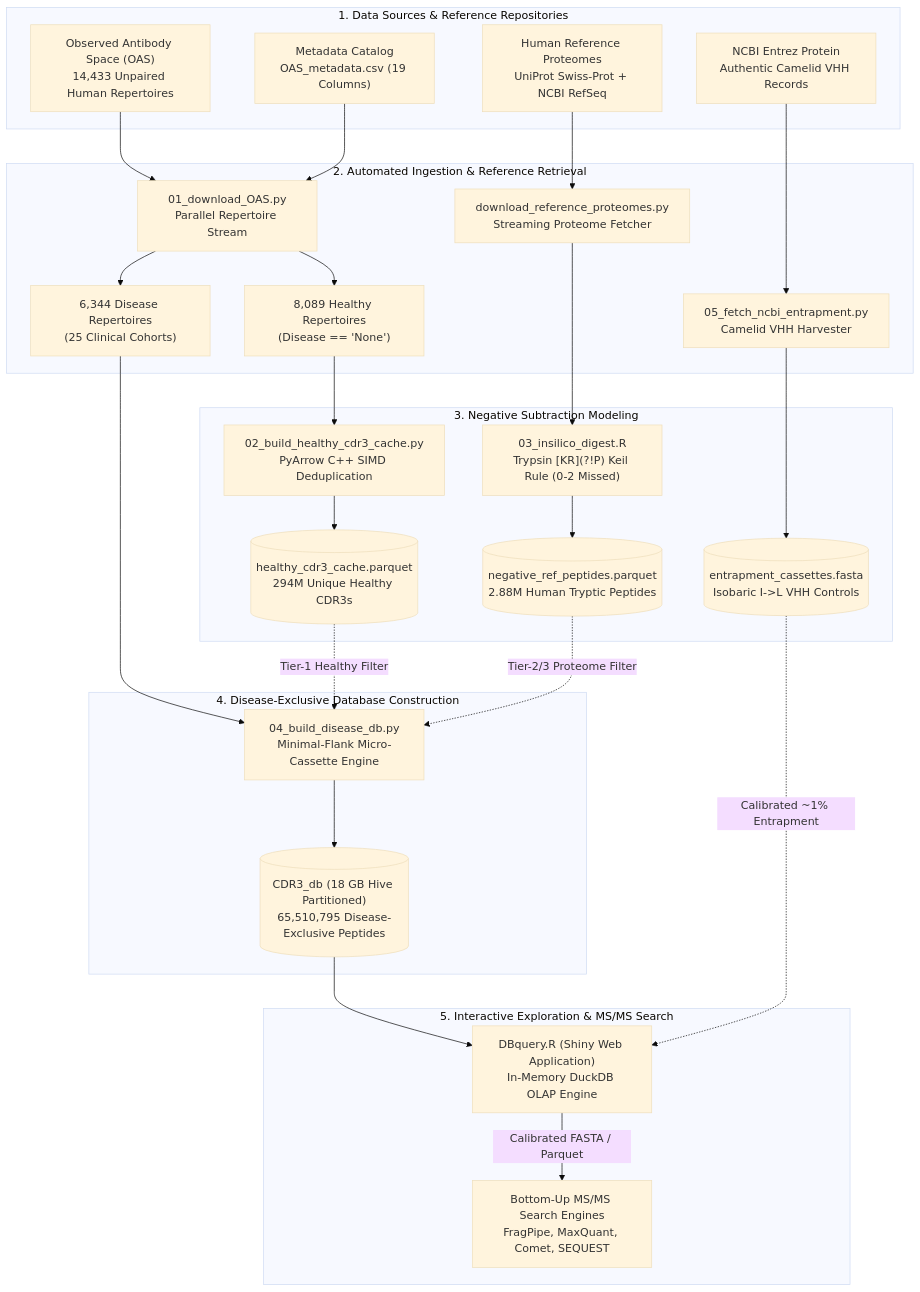
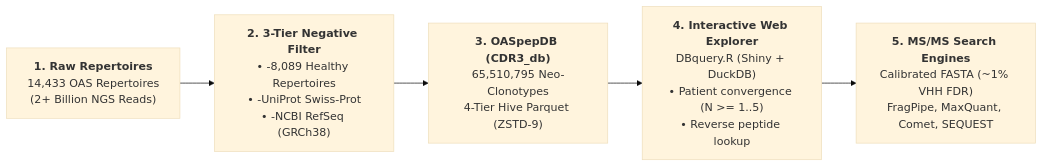
Before and after one commit to trinhxt/SDU_Immunoinformatics: the first of 2 diagrams in Readme.md, drawn with Mermaid (base theme). The commit also changed other lines of this file, not shown here.

Commit message:
Redesign README for researchers: visual workflows, Zenodo full database guide, collapsible technical details

````diff
--- a/Readme.md
+++ b/Readme.md
@@ -68,58 +23,7 @@
 ```mermaid
-flowchart TD
-    subgraph S0["1. Data Sources & Reference Repositories"]
-        OAS["Observed Antibody Space (OAS)<br/>14,433 Unpaired Human Repertoires"]
-        META["Metadata Catalog<br/>OAS_metadata.csv (19 Columns)"]
-        PROT["Human Reference Proteomes<br/>UniProt Swiss-Prot + NCBI RefSeq"]
-        VHH["NCBI Entrez Protein<br/>Authentic Camelid VHH Records"]
-    end
-
-    subgraph S1["2. Automated Ingestion & Reference Retrieval"]
-        P1["01_download_OAS.py<br/>Parallel Repertoire Stream"]
-        P_FETCH["download_reference_proteomes.py<br/>Streaming Proteome Fetcher"]
-        P5["05_fetch_ncbi_entrapment.py<br/>Camelid VHH Harvester"]
-        RAW_H["8,089 Healthy Repertoires<br/>(Disease == 'None')"]
-        RAW_D["6,344 Disease Repertoires<br/>(25 Clinical Cohorts)"]
-    end
-
-    subgraph S2["3. Negative Subtraction Modeling"]
-        P2["02_build_healthy_cdr3_cache.py<br/>PyArrow C++ SIMD Deduplication"]
-        P3["03_insilico_digest.R<br/>Trypsin [KR](?!P) Keil Rule (0-2 Missed)"]
-        CACHE_H[("healthy_cdr3_cache.parquet<br/>294M Unique Healthy CDR3s")]
-        CACHE_P[("negative_ref_peptides.parquet<br/>2.88M Human Tryptic Peptides")]
-        LIB_VHH[("entrapment_cassettes.fasta<br/>Isobaric I->L VHH Controls")]
-    end
-
-    subgraph S3["4. Disease-Exclusive Database Construction"]
-        P4["04_build_disease_db.py<br/>Minimal-Flank Micro-Cassette Engine"]
-        DB[("CDR3_db (18 GB Hive Partitioned)<br/>65,510,795 Disease-Exclusive Peptides")]
-    end
-
-    subgraph S4["5. Interactive Exploration & MS/MS Search"]
-        APP["DBquery.R (Shiny Web Application)<br/>In-Memory DuckDB OLAP Engine"]
-        MS["Bottom-Up MS/MS Search Engines<br/>FragPipe, MaxQuant, Comet, SEQUEST"]
-    end
-
-    OAS --> P1
-    META --> P1
-    PROT --> P_FETCH
-    VHH --> P5
-
-    P1 --> RAW_H
-    P1 --> RAW_D
-    P_FETCH --> P3
-
-    RAW_H --> P2
-    P2 --> CACHE_H
-    P3 --> CACHE_P
-    P5 --> LIB_VHH
-
-    RAW_D --> P4
-    CACHE_H -.->|Tier-1 Healthy Filter| P4
-    CACHE_P -.->|Tier-2/3 Proteome Filter| P4
-    P4 --> DB
-
-    DB --> APP
-    LIB_VHH -.->|Calibrated ~1% Entrapment| APP
-    APP -->|Calibrated FASTA / Parquet| MS
+flowchart LR
+    A["<b>1. Raw Repertoires</b><br/>14,433 OAS Repertoires<br/>(2+ Billion NGS Reads)"] --> B["<b>2. 3-Tier Negative Filter</b><br/>• -8,089 Healthy Repertoires<br/>• -UniProt Swiss-Prot<br/>• -NCBI RefSeq (GRCh38)"]
+    B --> C["<b>3. OASpepDB (CDR3_db)</b><br/>65,510,795 Neo-Clonotypes<br/>4-Tier Hive Parquet (ZSTD-9)"]
+    C --> D["<b>4. Interactive Web Explorer</b><br/>DBquery.R (Shiny + DuckDB)<br/>• Patient convergence (N >= 1..5)<br/>• Reverse peptide lookup"]
+    D --> E["<b>5. MS/MS Search Engines</b><br/>Calibrated FASTA (~1% VHH FDR)<br/>FragPipe, MaxQuant, Comet, SEQUEST"]
 ```
````
